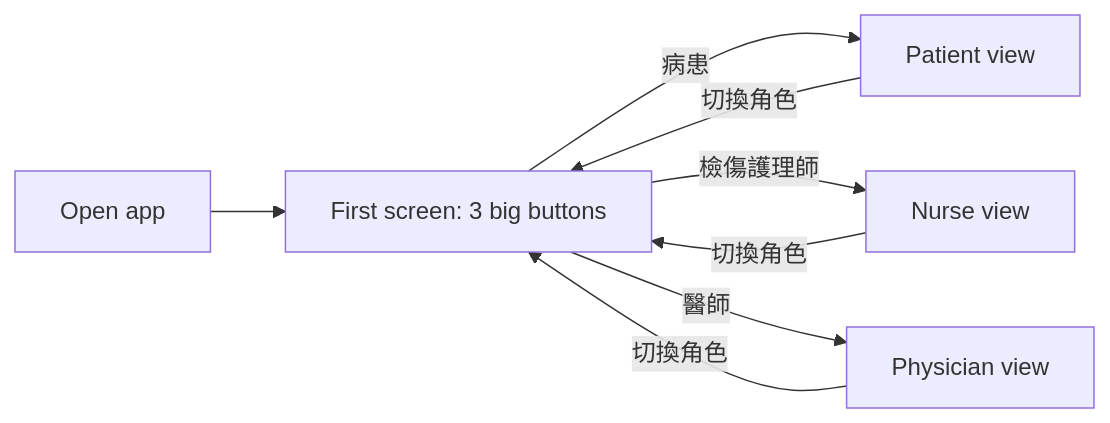
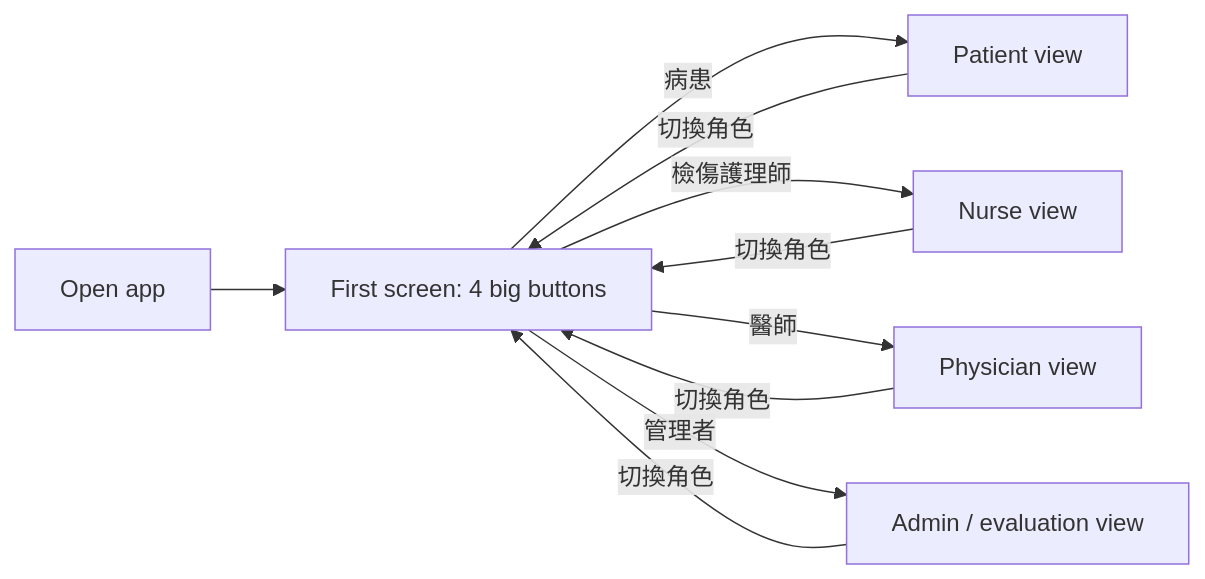
Before and after one commit to hwupu/115A-535527-AIDLC-Final: the first of 6 diagrams in docs/frontend/USER_FLOW.md, drawn with Mermaid. The commit also changed other lines of this file and 5 other files, not shown here.

First line of the commit message:
docs: update frontend docs for admin role, patient screen, list and API proposal (#20)

````diff
--- a/docs/frontend/USER_FLOW.md
+++ b/docs/frontend/USER_FLOW.md
@@ -8,10 +9,12 @@
 ```mermaid
 flowchart LR
-    A[Open app] --> B[First screen: 3 big buttons]
+    A[Open app] --> B[First screen: 4 big buttons]
     B -->|病患| P[Patient view]
     B -->|檢傷護理師| N[Nurse view]
     B -->|醫師| D[Physician view]
+    B -->|管理者| M[Admin / evaluation view]
     P -->|切換角色| B
     N -->|切換角色| B
     D -->|切換角色| B
+    M -->|切換角色| B
 ```
````
